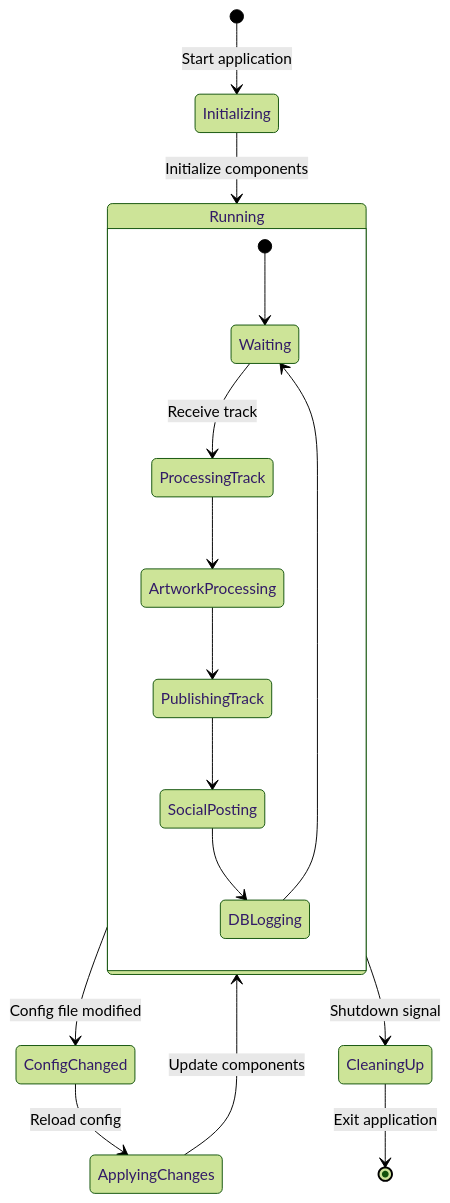
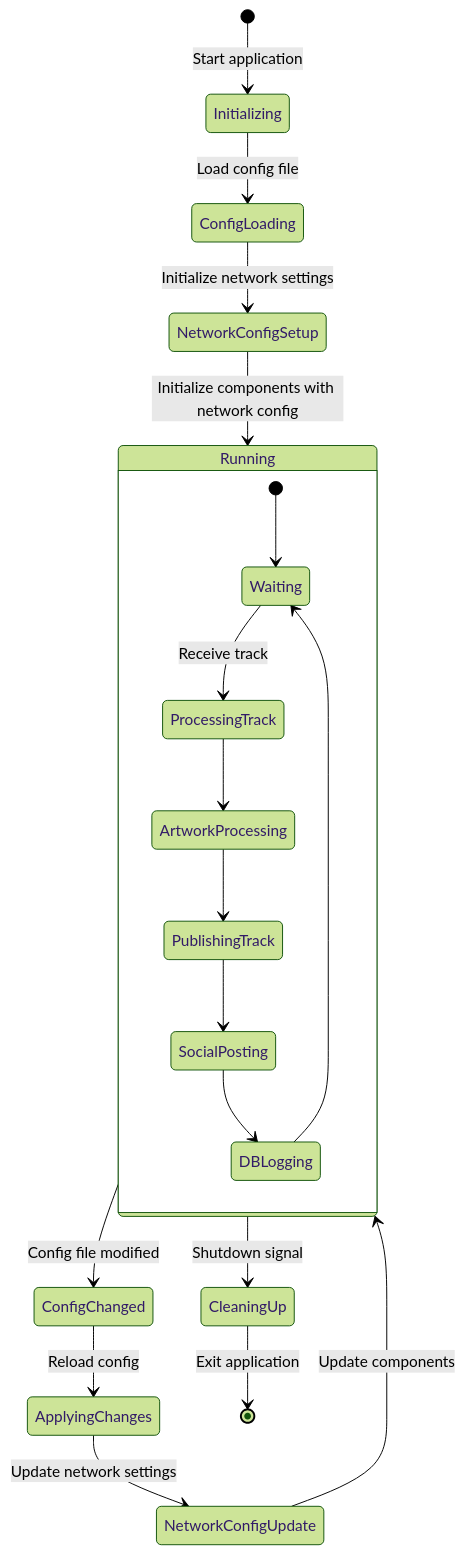
Before and after one commit to slyderc/myrcat: the third of 3 diagrams in docs/ARCHITECTURE.md, drawn with Mermaid (forest theme). The commit also changed other lines of this file and 20 other files, not shown here.

Commit message:
major refactor for utilities; update documentation; network config. settings

````diff
--- a/docs/ARCHITECTURE.md
+++ b/docs/ARCHITECTURE.md
@@ -588,20 +737,23 @@
 ```mermaid
 stateDiagram-v2
     [*] --> Initializing: Start application
-    Initializing --> Running: Initialize components
+    Initializing --> ConfigLoading: Load config file
+    ConfigLoading --> NetworkConfigSetup: Initialize network settings
+    NetworkConfigSetup --> Running: Initialize components with network config
     Running --> ConfigChanged: Config file modified
     ConfigChanged --> ApplyingChanges: Reload config
-    ApplyingChanges --> Running: Update components
+    ApplyingChanges --> NetworkConfigUpdate: Update network settings
+    NetworkConfigUpdate --> Running: Update components
     Running --> CleaningUp: Shutdown signal
     CleaningUp --> [*]: Exit application
     
     state Running {
         [*] --> Waiting
         Waiting --> ProcessingTrack: Receive track
         ProcessingTrack --> ArtworkProcessing
         ArtworkProcessing --> PublishingTrack
         PublishingTrack --> SocialPosting
         SocialPosting --> DBLogging
         DBLogging --> Waiting
     }
 ```
````
